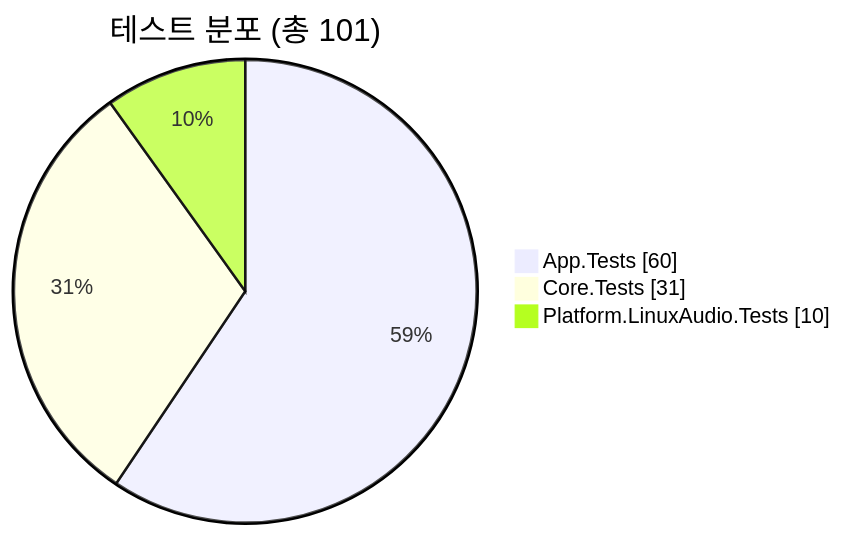
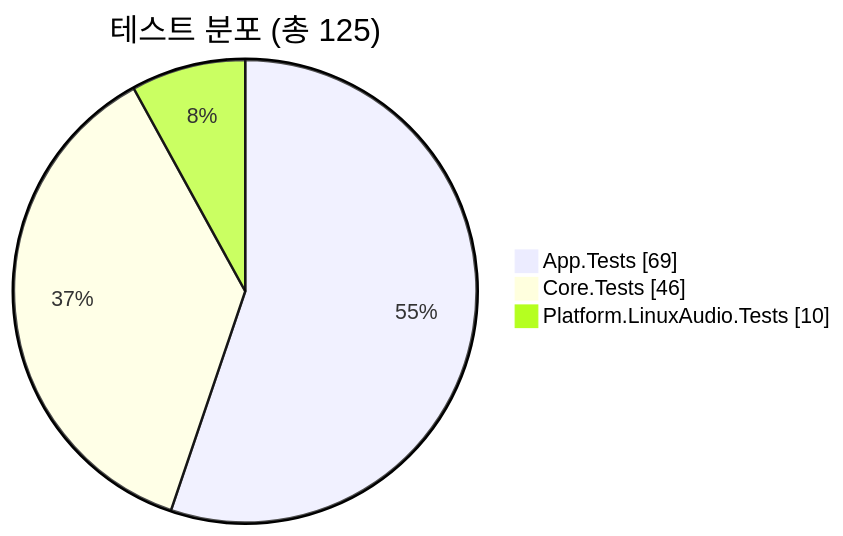
The fourth of 4 diagrams in README.md (Jae-hong-5/tg-dotnet), drawn with Mermaid before and after one commit. The commit also changed other lines of this file, not shown here.

Commit message:
docs: update test count to 125 (App 69 / Core 46 / LinuxAudio 10)

````diff
--- a/README.md
+++ b/README.md
@@ -176,7 +176,7 @@
 ```mermaid
 pie showData
-    title 테스트 분포 (총 101)
-    "App.Tests" : 60
-    "Core.Tests" : 31
+    title 테스트 분포 (총 125)
+    "App.Tests" : 69
+    "Core.Tests" : 46
     "Platform.LinuxAudio.Tests" : 10
 ```
````
